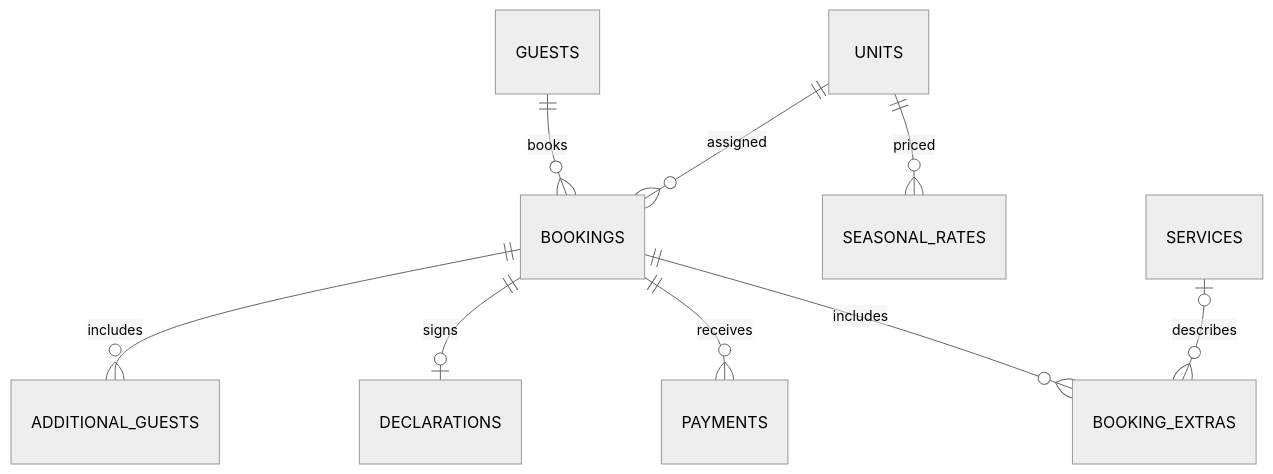
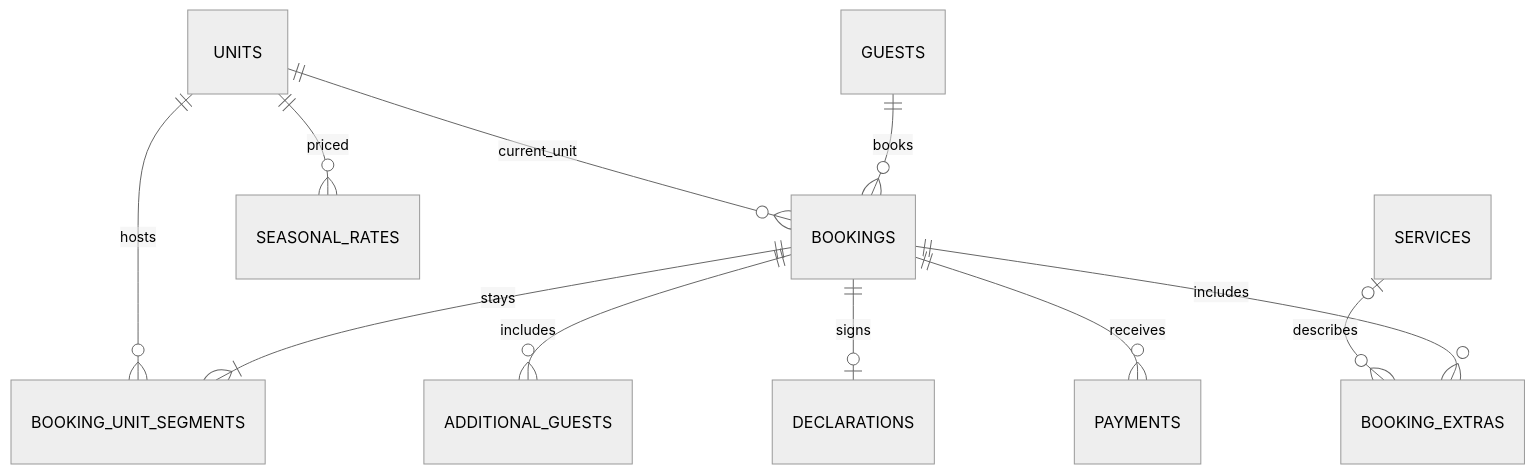
The diagram in docs/architecture.md (Adsvibz/Eva-Camp), drawn with Mermaid (neutral theme) before and after one commit. The commit also changed other lines of this file and 17 other files, not shown here.

````diff
--- a/docs/architecture.md
+++ b/docs/architecture.md
@@ -8,11 +8,13 @@
 ```mermaid
 erDiagram
  GUESTS ||--o{ BOOKINGS : books
- UNITS ||--o{ BOOKINGS : assigned
+ UNITS ||--o{ BOOKINGS : current_unit
+ BOOKINGS ||--|{ BOOKING_UNIT_SEGMENTS : stays
+ UNITS ||--o{ BOOKING_UNIT_SEGMENTS : hosts
  UNITS ||--o{ SEASONAL_RATES : priced
  BOOKINGS ||--o{ ADDITIONAL_GUESTS : includes
  BOOKINGS ||--o| DECLARATIONS : signs
  BOOKINGS ||--o{ PAYMENTS : receives
  BOOKINGS ||--o{ BOOKING_EXTRAS : includes
  SERVICES o|--o{ BOOKING_EXTRAS : describes
 ```
````
